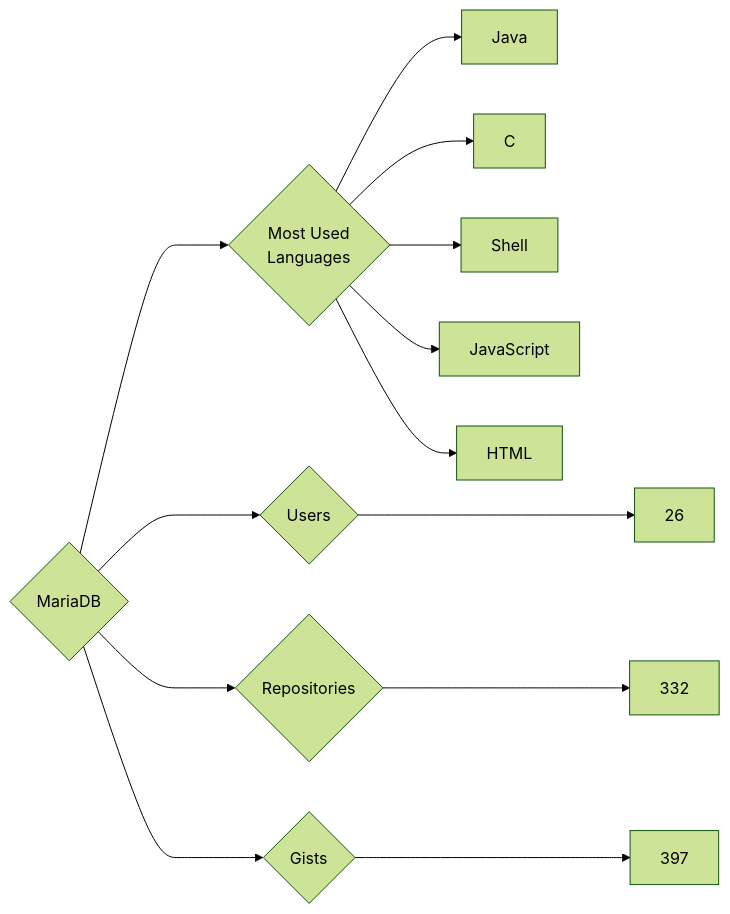
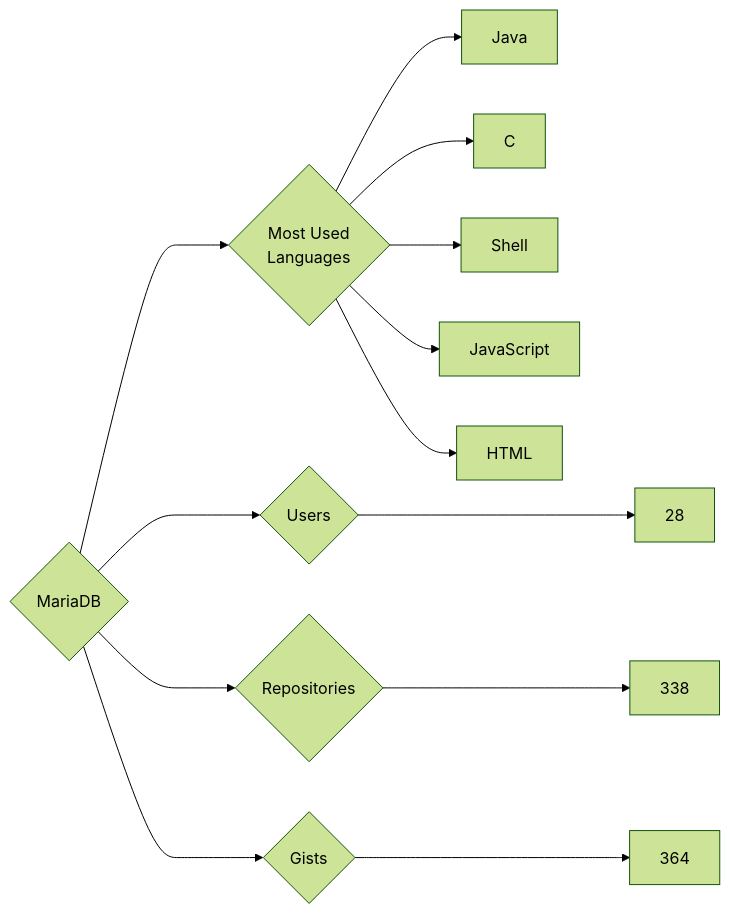
Before and after one commit to trickest/insiders: the diagram in targets/MariaDB/README.md, drawn with Mermaid (forest theme). The commit also changed 877 other files, not shown here.

````diff
--- a/targets/MariaDB/README.md
+++ b/targets/MariaDB/README.md
@@ -3,13 +3,13 @@
 ```mermaid
 graph LR
 COMPANY_NAME{MariaDB}
-COMPANY_NAME ---> U{Users} ---> UN[26]
-COMPANY_NAME ---> R{Repositories} ---> RN[332]
-COMPANY_NAME ---> G{Gists} ---> GN[397]
+COMPANY_NAME ---> U{Users} ---> UN[28]
+COMPANY_NAME ---> R{Repositories} ---> RN[338]
+COMPANY_NAME ---> G{Gists} ---> GN[364]
 COMPANY_NAME ---> ML{Most Used<br>Languages}
 ML --> Java[Java]
 ML --> C[C]
 ML --> Shell[Shell]
 ML --> JavaScript[JavaScript]
 ML --> HTML[HTML]
 ```
````
